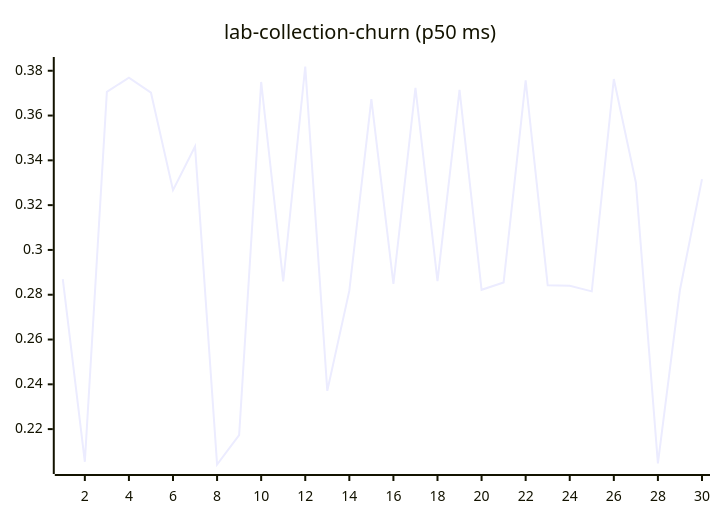
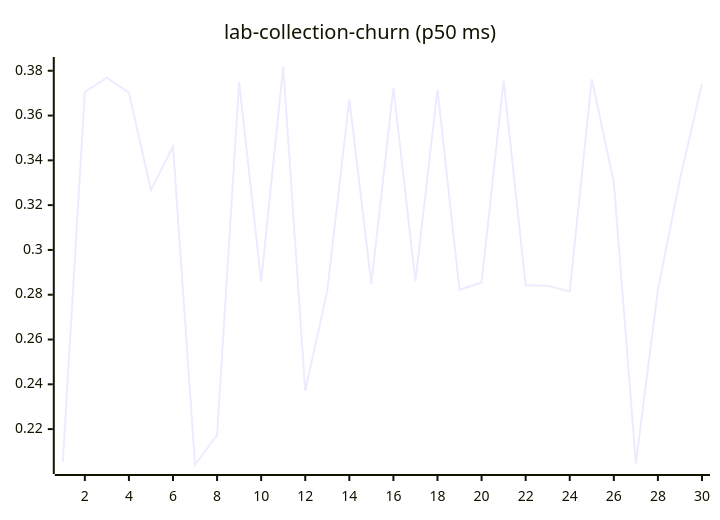
Diagram 11 of 27 in README.md (josha/Facet), drawn with Mermaid before and after one commit. The commit also changed other lines of this file and 2 other files, not shown here.

````diff
--- a/README.md
+++ b/README.md
@@ -133,6 +133,6 @@
 ```mermaid
 xychart-beta
     title "lab-collection-churn (p50 ms)"
     x-axis 1 --> 30
-    line [0.2870, 0.2054, 0.3706, 0.3769, 0.3702, 0.3267, 0.3462, 0.2042, 0.2173, 0.3750, 0.2859, 0.3819, 0.2371, 0.2818, 0.3673, 0.2848, 0.3724, 0.2861, 0.3715, 0.2822, 0.2855, 0.3757, 0.2842, 0.2840, 0.2815, 0.3763, 0.3301, 0.2047, 0.2821, 0.3316]
+    line [0.2054, 0.3706, 0.3769, 0.3702, 0.3267, 0.3462, 0.2042, 0.2173, 0.3750, 0.2859, 0.3819, 0.2371, 0.2818, 0.3673, 0.2848, 0.3724, 0.2861, 0.3715, 0.2822, 0.2855, 0.3757, 0.2842, 0.2840, 0.2815, 0.3763, 0.3301, 0.2047, 0.2821, 0.3316, 0.3741]
 ```
````
